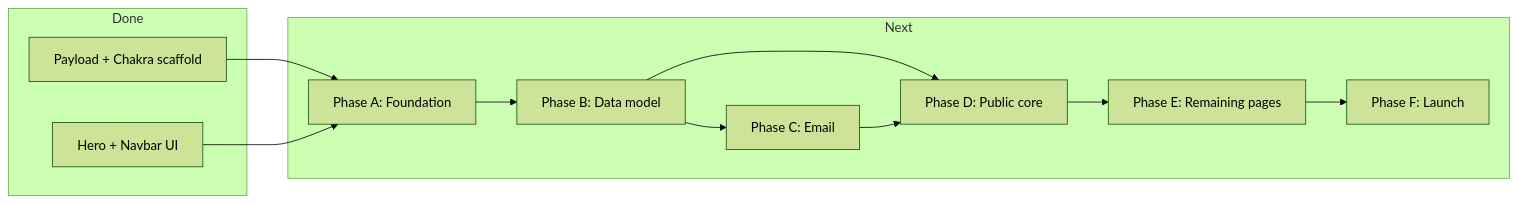
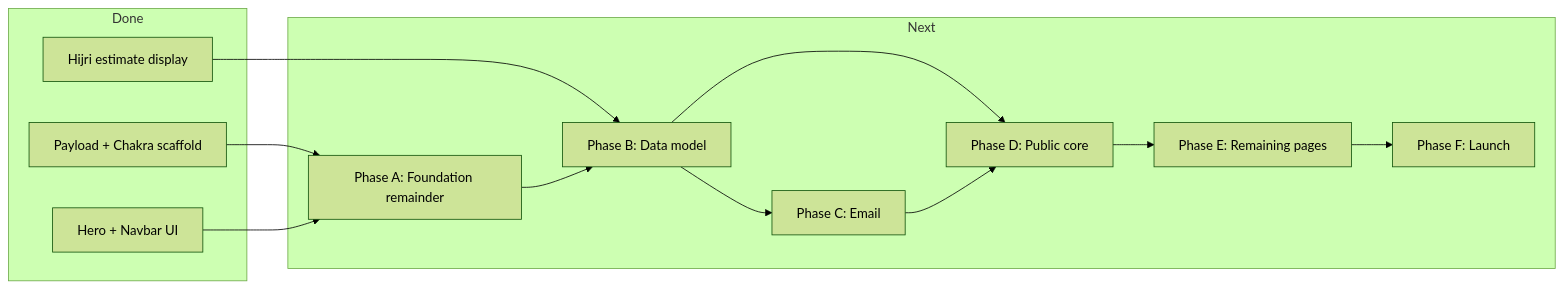
The diagram in docs/REMAINING_WORK.md (Captain-Fahd/al-furqan-institute), drawn with Mermaid (forest theme) before and after one commit. The commit also changed other lines of this file and 17 other files, not shown here.

````diff
--- a/docs/REMAINING_WORK.md
+++ b/docs/REMAINING_WORK.md
@@ -44,23 +47,25 @@
 ```mermaid
 flowchart LR
   subgraph done [Done]
     Scaffold[Payload + Chakra scaffold]
     HeroUI[Hero + Navbar UI]
+    HijriEstimate[Hijri estimate display]
   end
   subgraph next [Next]
-    Foundation[Phase A: Foundation]
+    Foundation[Phase A: Foundation remainder]
     DataModel[Phase B: Data model]
     Email[Phase C: Email]
     PublicCore[Phase D: Public core]
     PublicPages[Phase E: Remaining pages]
     Launch[Phase F: Launch]
   end
   Scaffold --> Foundation
   HeroUI --> Foundation
+  HijriEstimate --> DataModel
   Foundation --> DataModel
   DataModel --> Email
   DataModel --> PublicCore
   Email --> PublicCore
   PublicCore --> PublicPages
   PublicPages --> Launch
 ```
````
